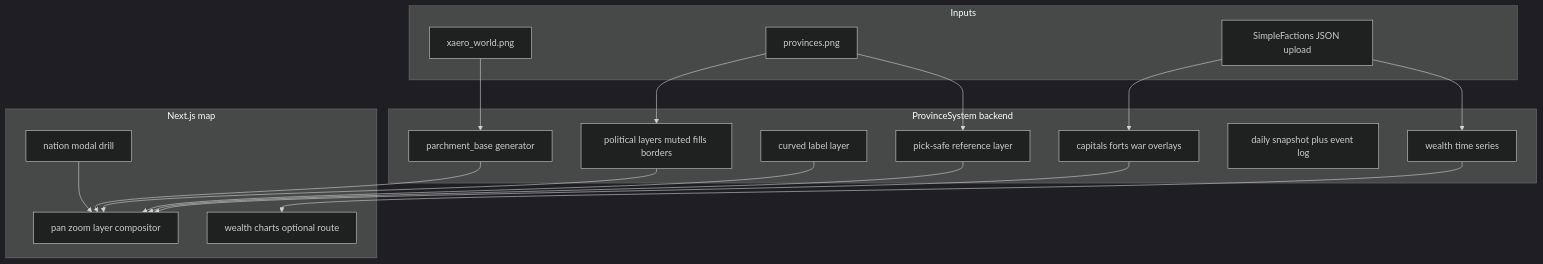
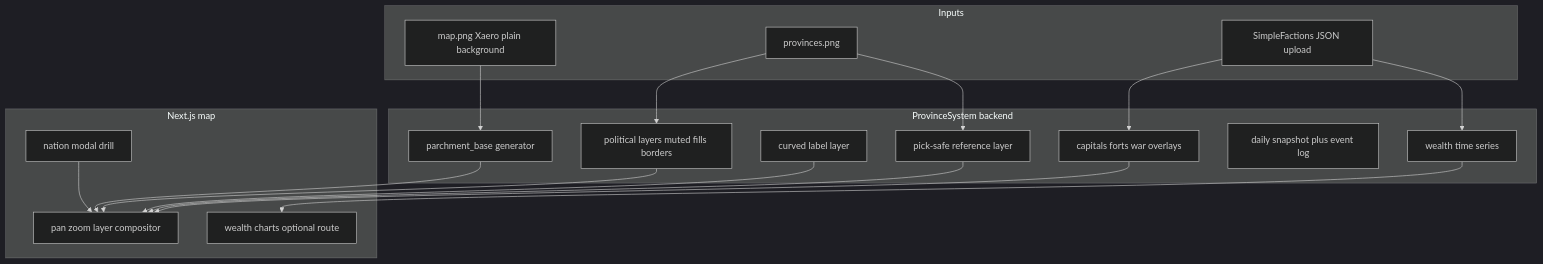
Before and after one commit to Drefvelin/ProvinceSystem: the diagram in Planning/16-map-platform.md, drawn with Mermaid (dark theme). The commit also changed other lines of this file and 131 other files, not shown here.

````diff
--- a/Planning/16-map-platform.md
+++ b/Planning/16-map-platform.md
@@ -32,34 +32,34 @@
 ```mermaid
 flowchart TD
   subgraph inputs [Inputs]
-    Xaero[xaero_world.png]
+    Xaero[map.png Xaero plain background]
     Prov[provinces.png]
     SF[SimpleFactions JSON upload]
   end
   subgraph backend [ProvinceSystem backend]
     Parch[parchment_base generator]
     Political[political layers muted fills borders]
     Labels[curved label layer]
     Markers[capitals forts war overlays]
     Pick[pick-safe reference layer]
     Chronicle[daily snapshot plus event log]
     Analytics[wealth time series]
   end
   subgraph frontend [Next.js map]
     Canvas[pan zoom layer compositor]
     Panel[nation modal drill]
     Charts[wealth charts optional route]
   end
   Xaero --> Parch
   Prov --> Political
   Prov --> Pick
   SF --> Markers
   SF --> Analytics
   Political --> Canvas
   Parch --> Canvas
   Labels --> Canvas
   Markers --> Canvas
   Pick --> Canvas
   Panel --> Canvas
   Analytics --> Charts
 ```
````
